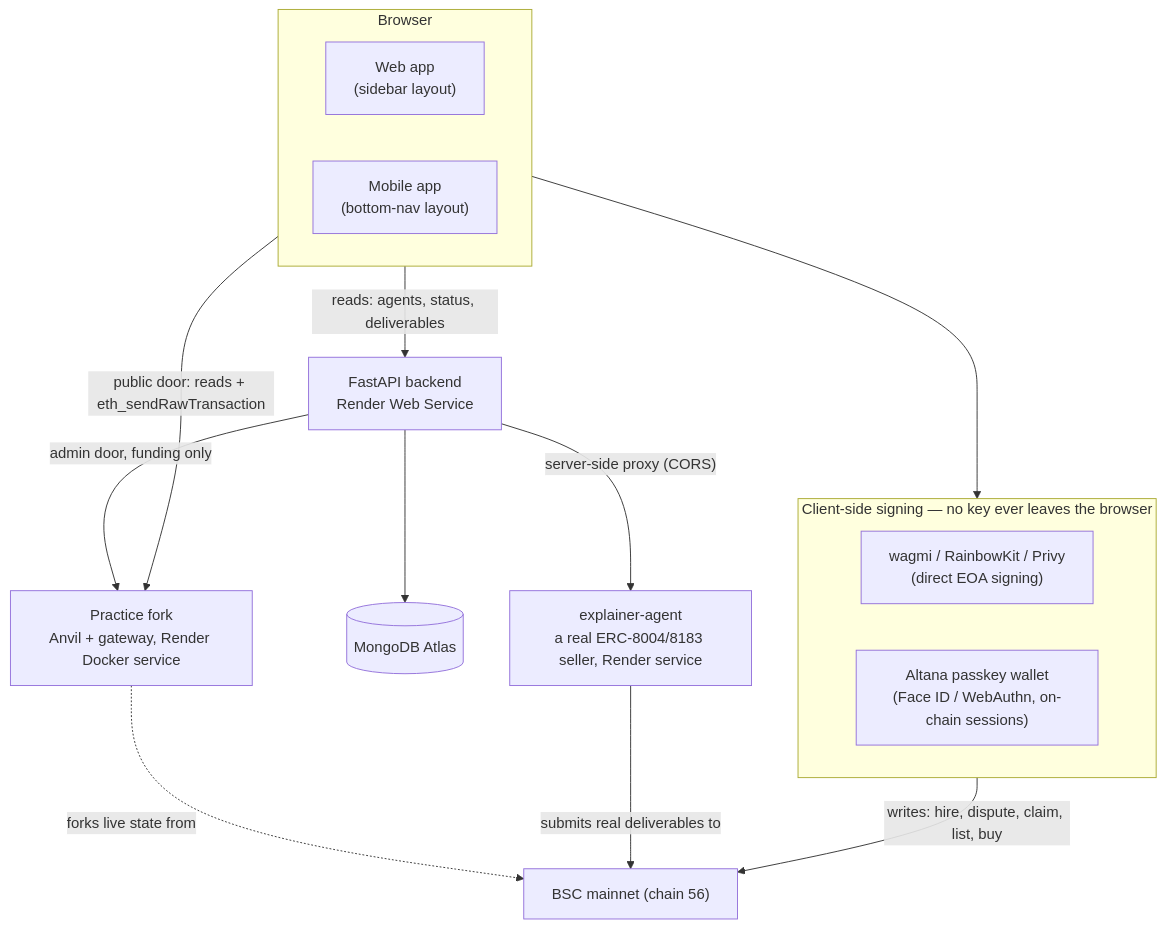
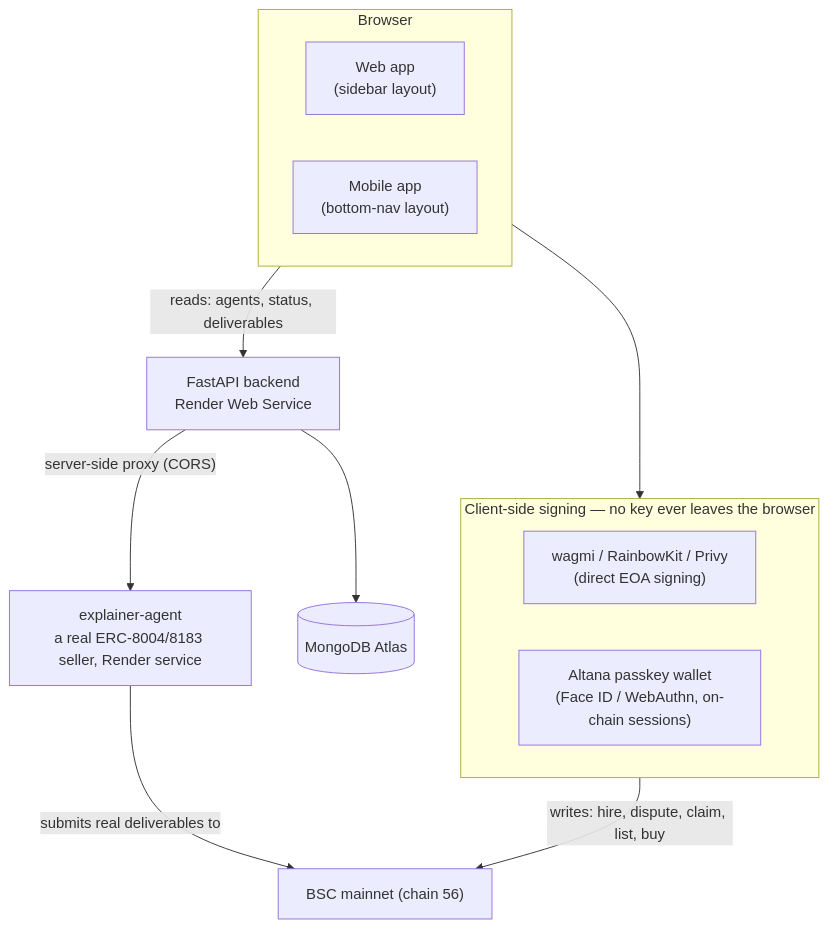
Before and after one commit to sabaazdn73/Agents-Marketplace: the diagram in docs/architecture.md, drawn with Mermaid. The commit also changed other lines of this file and 39 other files, not shown here.

````diff
--- a/docs/architecture.md
+++ b/docs/architecture.md
@@ -7,28 +7,24 @@
 ```mermaid
 flowchart TB
     subgraph Client["Browser"]
         Web["Web app<br/>(sidebar layout)"]
         Mobile["Mobile app<br/>(bottom-nav layout)"]
     end
 
     subgraph Wallets["Client-side signing — no key ever leaves the browser"]
         Wagmi["wagmi / RainbowKit / Privy<br/>(direct EOA signing)"]
         Altana["Altana passkey wallet<br/>(Face ID / WebAuthn, on-chain sessions)"]
     end
 
     Backend["FastAPI backend<br/>Render Web Service"]
     Mongo[("MongoDB Atlas")]
-    Fork["Practice fork<br/>Anvil + gateway, Render Docker service"]
     Chain["BSC mainnet (chain 56)"]
     Explainer["explainer-agent<br/>a real ERC-8004/8183 seller, Render service"]
 
     Client --> Wallets
     Client -- "reads: agents, status, deliverables" --> Backend
     Wallets -- "writes: hire, dispute, claim, list, buy" --> Chain
     Backend --> Mongo
-    Backend -- "admin door, funding only" --> Fork
-    Client -- "public door: reads + eth_sendRawTransaction" --> Fork
-    Fork -. "forks live state from" .-> Chain
     Backend -- "server-side proxy (CORS)" --> Explainer
     Explainer -- "submits real deliverables to" --> Chain
 ```
````
